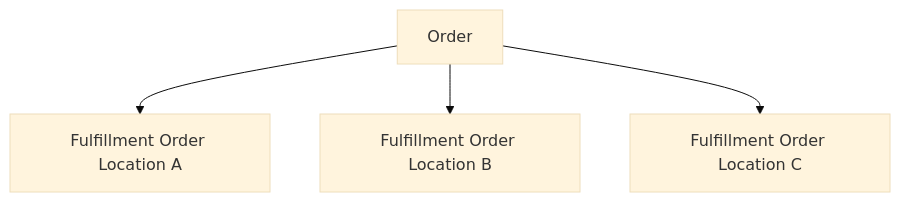
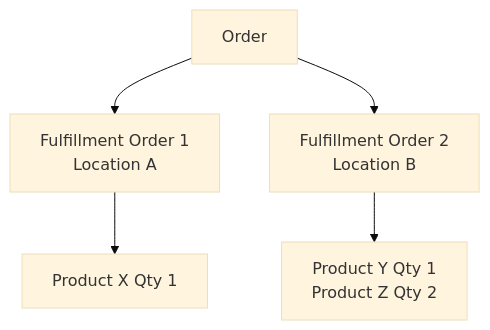
The second of 4 diagrams in docs/apps/guides/fulfillment-service.md (29next/developer-docs), drawn with Mermaid (base theme) before and after one commit. The commit also changed other lines of this file, not shown here.

Commit message:
update fulfillment app guide

````diff
--- a/docs/apps/guides/fulfillment-service.md
+++ b/docs/apps/guides/fulfillment-service.md
@@ -71,7 +71,8 @@
 ```mermaid
 
 graph
-  Order-->FO1[Fulfillment Order Location A]
-  Order-->FO2[Fulfillment Order Location B]
-  Order-->FO3[Fulfillment Order Location C]
+  Order-->FO1[Fulfillment Order 1<br>Location A]
+  Order-->FO2[Fulfillment Order 2<br>Location B]
+  FO1-->P1[Product X Qty 1]
+  FO2-->P2[Product Y Qty 1 <br> Product Z Qty 2]
 ```
````
